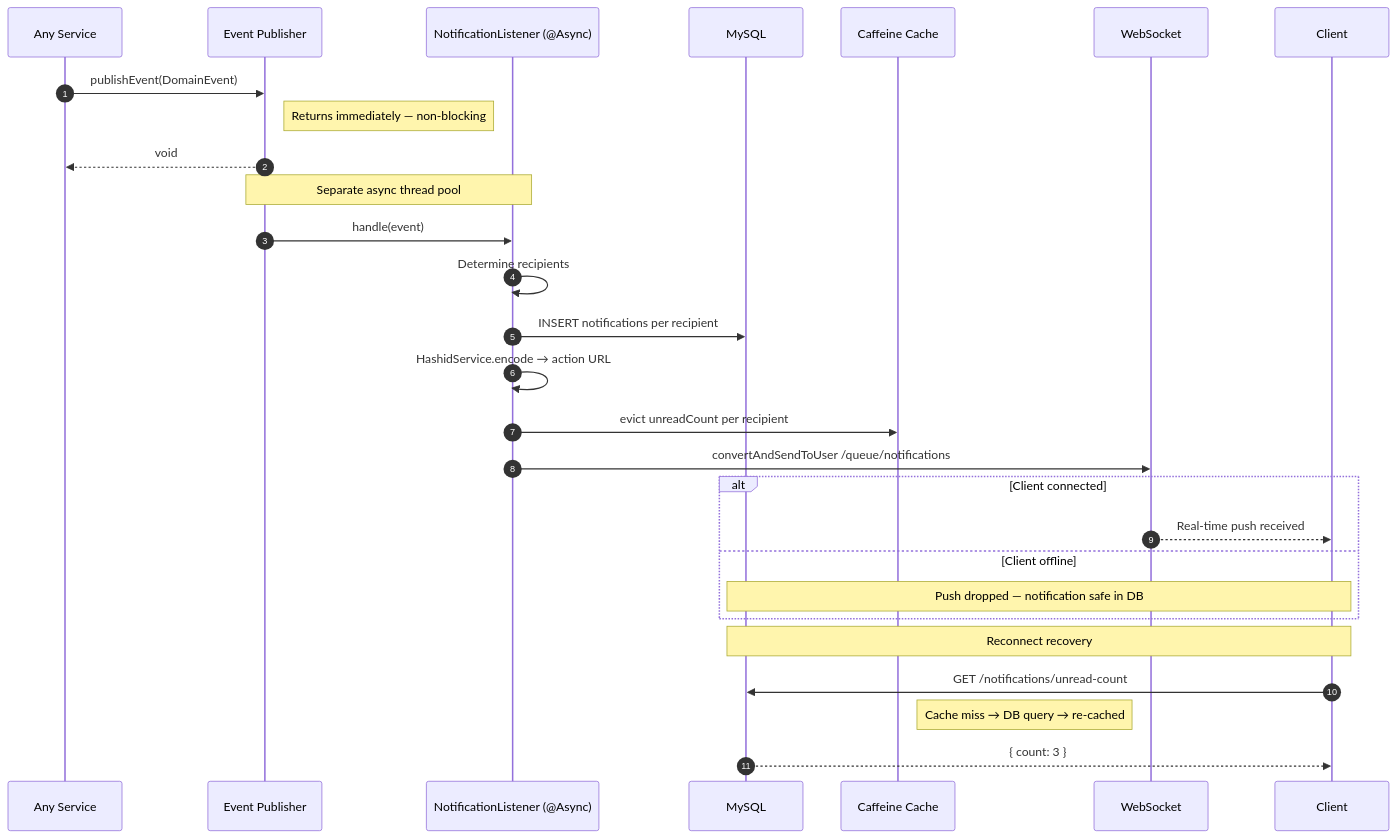
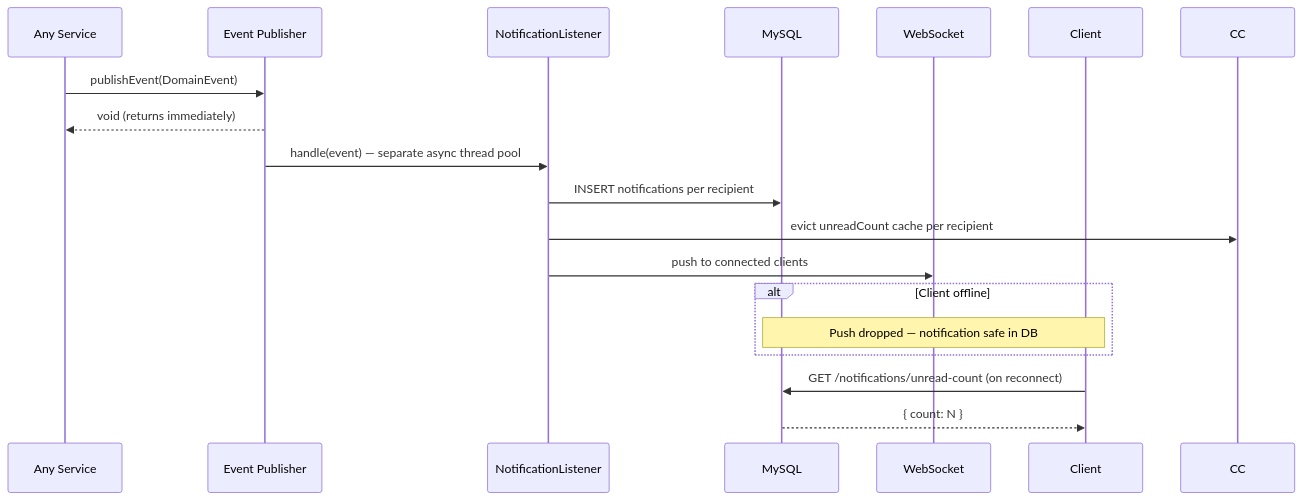
The seventh of 7 diagrams in ARCHITECTURE.md (olafabregas/Reviewflow), drawn with Mermaid before and after one commit. The commit also changed other lines of this file, not shown here.

Commit message:
Updating the Architecture file

````diff
--- a/ARCHITECTURE.md
+++ b/ARCHITECTURE.md
@@ -542,34 +291,24 @@
 ```mermaid
 sequenceDiagram
-    autonumber
     participant SL as Any Service
     participant EP as Event Publisher
-    participant NL as NotificationListener (@Async)
+    participant NL as NotificationListener
     participant DB as MySQL
-    participant CC as Caffeine Cache
     participant WS as WebSocket
     participant C as Client
 
     SL->>EP: publishEvent(DomainEvent)
-    Note right of EP: Returns immediately — non-blocking
-    EP-->>SL: void
+    EP-->>SL: void (returns immediately)
 
-    Note over EP,NL: Separate async thread pool
-    EP->>NL: handle(event)
-    NL->>NL: Determine recipients
+    EP->>NL: handle(event) — separate async thread pool
     NL->>DB: INSERT notifications per recipient
-    NL->>NL: HashidService.encode → action URL
-    NL->>CC: evict unreadCount per recipient
-    NL->>WS: convertAndSendToUser /queue/notifications
+    NL->>CC: evict unreadCount cache per recipient
+    NL->>WS: push to connected clients
 
-    alt Client connected
-        WS-->>C: Real-time push received
-    else Client offline
+    alt Client offline
         Note over DB,C: Push dropped — notification safe in DB
     end
 
-    Note over C,DB: Reconnect recovery
-    C->>DB: GET /notifications/unread-count
-    Note right of CC: Cache miss → DB query → re-cached
-    DB-->>C: { count: 3 }
+    C->>DB: GET /notifications/unread-count (on reconnect)
+    DB-->>C: { count: N }
 ```
````
